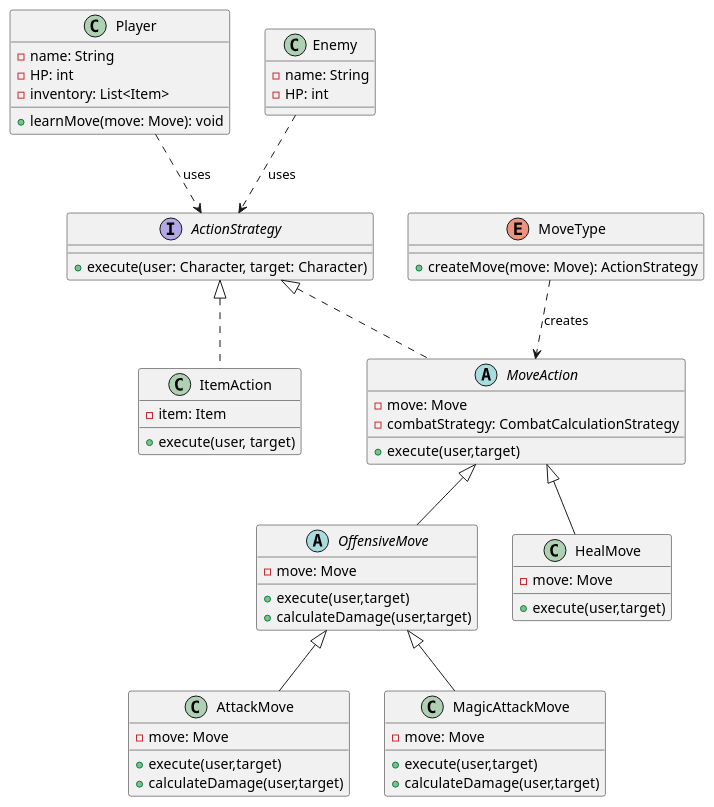
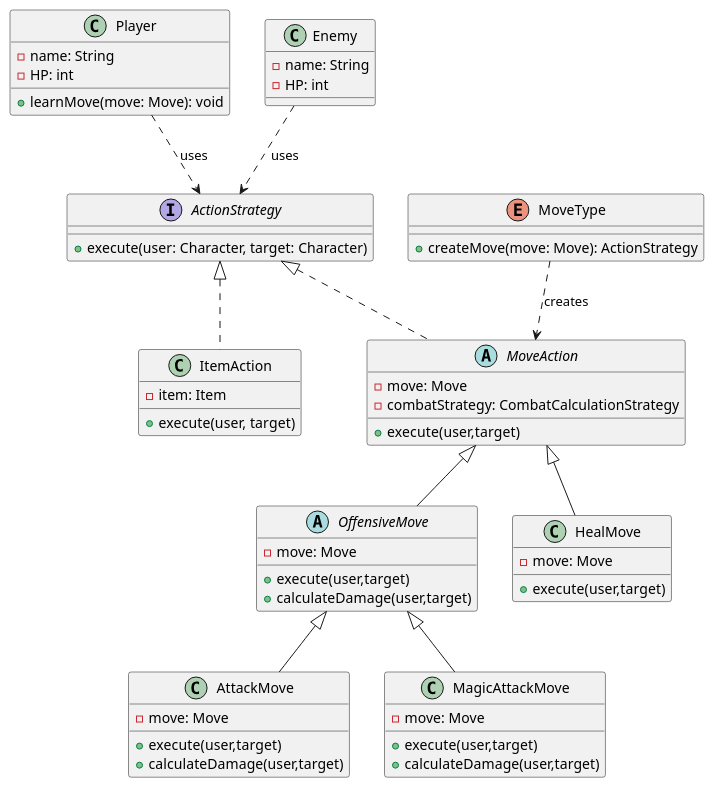
One commit to samMM-cs/iss-team2 changed the diagram in user_stories_pml/Combat_System.puml. Above: the diagram before and after it, drawn with PlantUML. The commit also changed 2 other files, not shown here.

```diff
--- a/user_stories_pml/Combat_System.puml
+++ b/user_stories_pml/Combat_System.puml
@@ -1,61 +1,60 @@
 @startuml Combat_System e Character_Evolution Strategy + Observer
 
 'Il Pattern Strategy è utilizzato per modellare le mosse come comportamenti intercambiabili, permettendo al Player di variare dinamicamente il proprio comportamento senza modificare la sua struttura.'
 class Player{
     - name: String
     - HP: int
-    - inventory: List<Item>
     +learnMove(move: Move): void
 }
 
 class Enemy{
     - name: String
     - HP: int
 }
 
 interface ActionStrategy{
     + execute(user: Character, target: Character)
 }
 
 enum MoveType{
     +createMove(move: Move): ActionStrategy
 }
 
 abstract class MoveAction implements ActionStrategy{
     - move: Move
     - combatStrategy: CombatCalculationStrategy
     + execute(user,target)
 }
 
 abstract class OffensiveMove extends MoveAction {
     - move: Move
     + execute(user,target)
     + calculateDamage(user,target)
 }
 
 class AttackMove extends OffensiveMove {
     - move: Move
     + execute(user,target)
     + calculateDamage(user,target)
 }
 
 class HealMove extends MoveAction {
     - move: Move
     + execute(user,target)
 }
 
 class MagicAttackMove extends OffensiveMove {
     - move: Move
     + execute(user,target)
     + calculateDamage(user,target)
 }
 
 class ItemAction implements ActionStrategy{
     - item: Item
     + execute(user, target)
 }
 
 Player ..> ActionStrategy : uses
 Enemy..>ActionStrategy : uses
 MoveType..>MoveAction: creates
 @enduml
```
